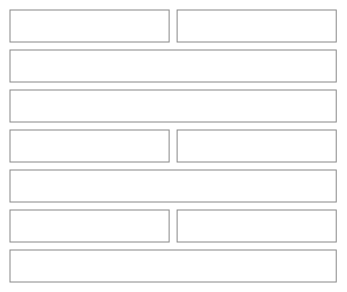
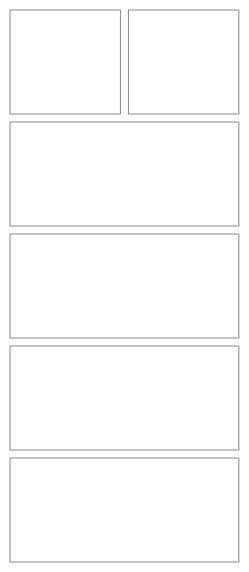
Before and after one commit to NovaMoonX/moondreams-dev-apps: the tenth of 31 diagrams in src/apps/pinch/UX.md, drawn with Mermaid. The commit also changed other lines of this file and 2 other files, not shown here.

First line of the commit message:
Pinch redesign: docs for the recipe start flow, nutrition basis, view options and help modal

````diff
--- a/src/apps/pinch/UX.md
+++ b/src/apps/pinch/UX.md
@@ -339,25 +346,17 @@
 ```mermaid
 %%{init: {'theme': 'base', 'themeVariables': {'primaryColor': 'transparent', 'primaryBorderColor': '#888888', 'primaryTextColor': '#333333', 'lineColor': '#888888'}}}%%
 block-beta
   columns 2
   R1["Recipes"]:1
   R2["+ New"]:1
-  R3["[ Recipes ]   Meals"]:2
+  R3["[ Recipes ]   Meals   👁"]:2
   R4["🔍 Search (from 8 recipes)"]:2
-  R5["🖼️ Adobo chicken"]:1
-  R6["$3.20 / serving"]:1
-  R7["4 servings · 45 min · 🔥 520 (when on)"]:2
-  R8["🖼️ Cilantro lime rice"]:1
-  R9["$1.35 / serving"]:1
-  R10["4 servings · 25 min"]:2
+  R5["🖼️ Adobo chicken<br/>4 servings · 45 min<br/>$3.20 / serving<br/>🔥 520 · 💪 38g (when on)"]:2
+  R6["🖼️ Cilantro lime rice<br/>4 servings · 25 min<br/>$1.35 / serving · leaves out 1"]:2
   style R1 fill:transparent,stroke:#888888,stroke-width:1px;
   style R2 fill:transparent,stroke:#888888,stroke-width:1px;
   style R3 fill:transparent,stroke:#888888,stroke-width:1px;
   style R4 fill:transparent,stroke:#888888,stroke-width:1px;
   style R5 fill:transparent,stroke:#888888,stroke-width:1px;
   style R6 fill:transparent,stroke:#888888,stroke-width:1px;
-  style R7 fill:transparent,stroke:#888888,stroke-width:1px;
-  style R8 fill:transparent,stroke:#888888,stroke-width:1px;
-  style R9 fill:transparent,stroke:#888888,stroke-width:1px;
-  style R10 fill:transparent,stroke:#888888,stroke-width:1px;
 ```
````
